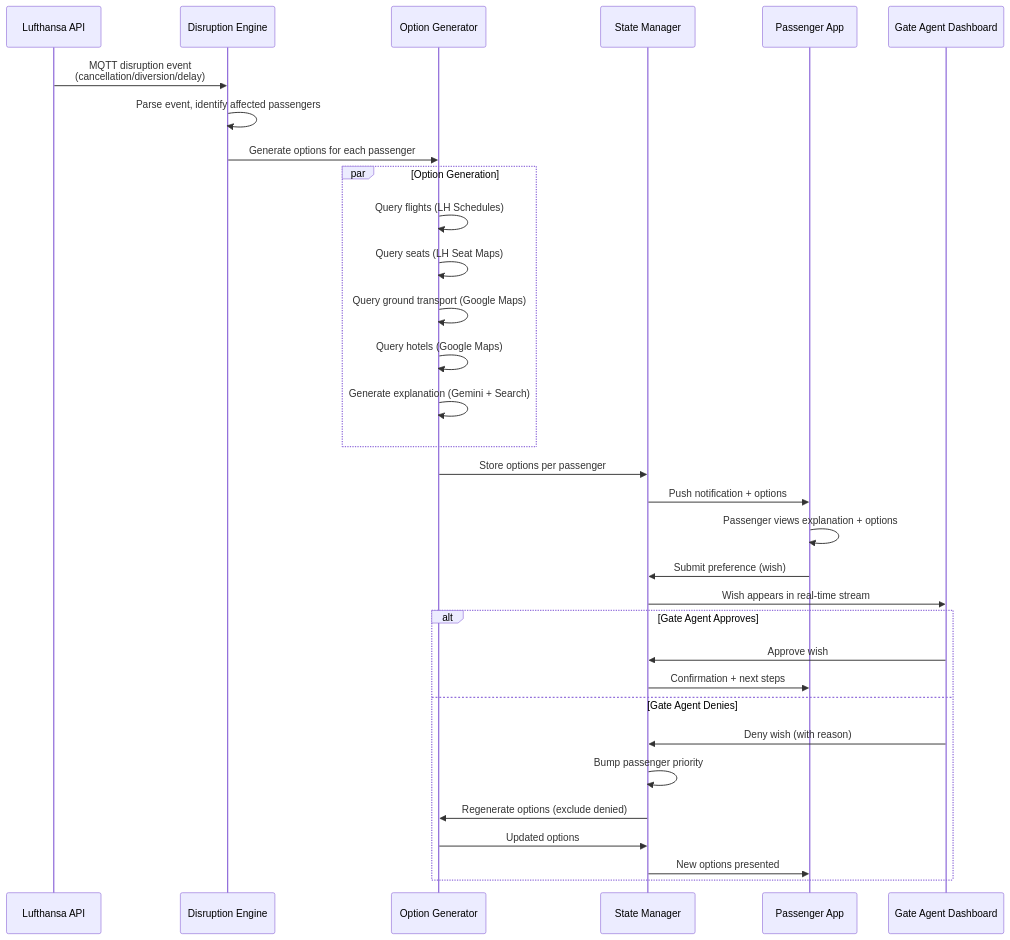
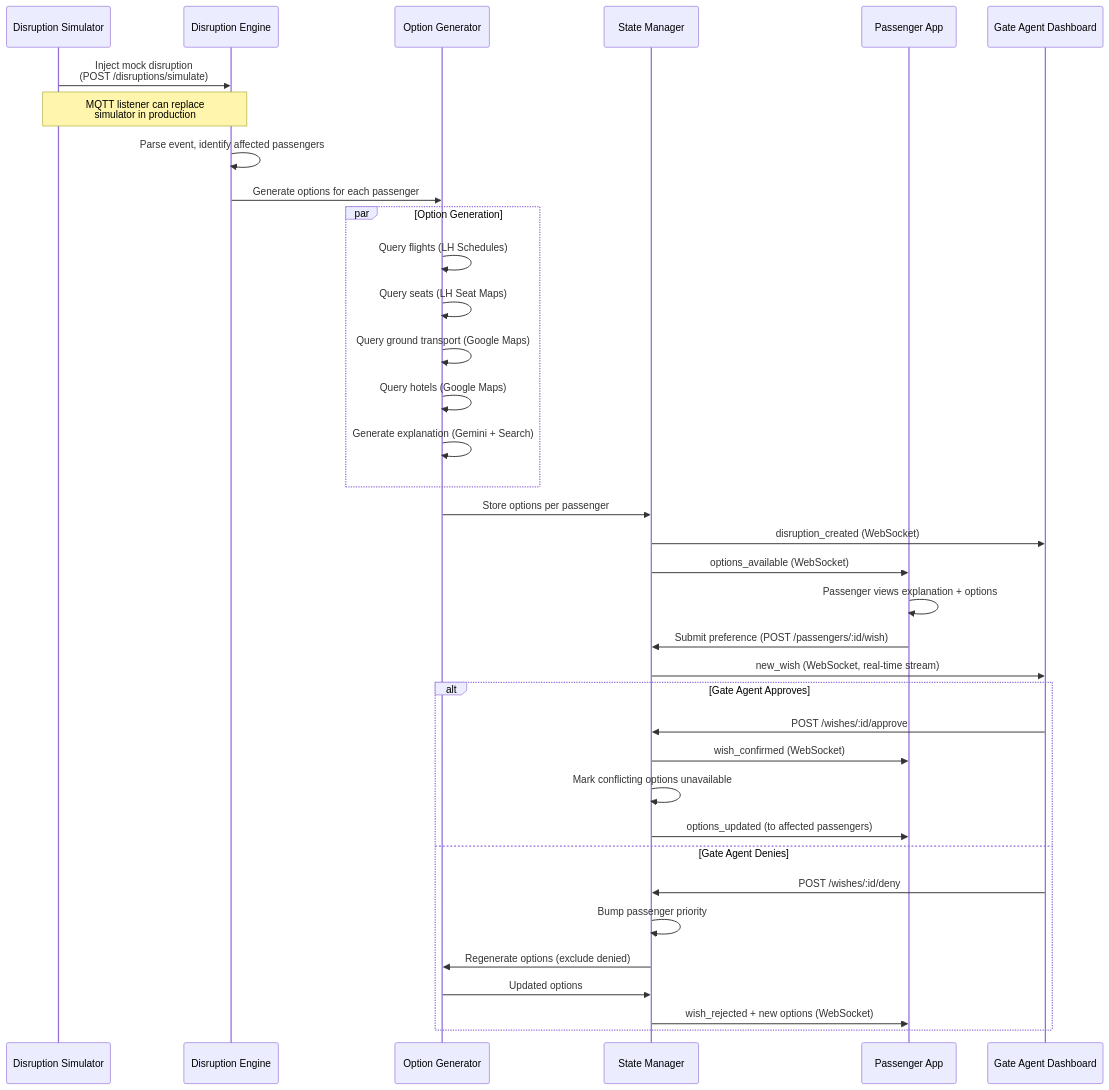
Before and after one commit to sussdorff/soft-landing: the third of 12 diagrams in docs/architecture.md, drawn with Mermaid. The commit also changed other lines of this file and 2 other files, not shown here.

First line of the commit message:
docs: apply architecture review — parallel roadmap, simplified cascade, simulator-first, gate-agent framing, API contract

````diff
--- a/docs/architecture.md
+++ b/docs/architecture.md
@@ -88,38 +88,43 @@
 ```mermaid
 sequenceDiagram
-    participant LH as Lufthansa API
+    participant SIM as Disruption Simulator
     participant DE as Disruption Engine
     participant OG as Option Generator
     participant SM as State Manager
     participant PAX as Passenger App
     participant GA as Gate Agent Dashboard
 
-    LH->>DE: MQTT disruption event<br/>(cancellation/diversion/delay)
+    SIM->>DE: Inject mock disruption<br/>(POST /disruptions/simulate)
+    Note over SIM,DE: MQTT listener can replace<br/>simulator in production
+
     DE->>DE: Parse event, identify affected passengers
     DE->>OG: Generate options for each passenger
 
     par Option Generation
         OG->>OG: Query flights (LH Schedules)
         OG->>OG: Query seats (LH Seat Maps)
         OG->>OG: Query ground transport (Google Maps)
         OG->>OG: Query hotels (Google Maps)
         OG->>OG: Generate explanation (Gemini + Search)
     end
 
     OG->>SM: Store options per passenger
-    SM->>PAX: Push notification + options
+    SM->>GA: disruption_created (WebSocket)
+    SM->>PAX: options_available (WebSocket)
     PAX->>PAX: Passenger views explanation + options
-    PAX->>SM: Submit preference (wish)
-    SM->>GA: Wish appears in real-time stream
+    PAX->>SM: Submit preference (POST /passengers/:id/wish)
+    SM->>GA: new_wish (WebSocket, real-time stream)
 
     alt Gate Agent Approves
-        GA->>SM: Approve wish
-        SM->>PAX: Confirmation + next steps
+        GA->>SM: POST /wishes/:id/approve
+        SM->>PAX: wish_confirmed (WebSocket)
+        SM->>SM: Mark conflicting options unavailable
+        SM->>PAX: options_updated (to affected passengers)
     else Gate Agent Denies
-        GA->>SM: Deny wish (with reason)
+        GA->>SM: POST /wishes/:id/deny
         SM->>SM: Bump passenger priority
         SM->>OG: Regenerate options (exclude denied)
         OG->>SM: Updated options
-        SM->>PAX: New options presented
+        SM->>PAX: wish_rejected + new options (WebSocket)
     end
 ```
````
